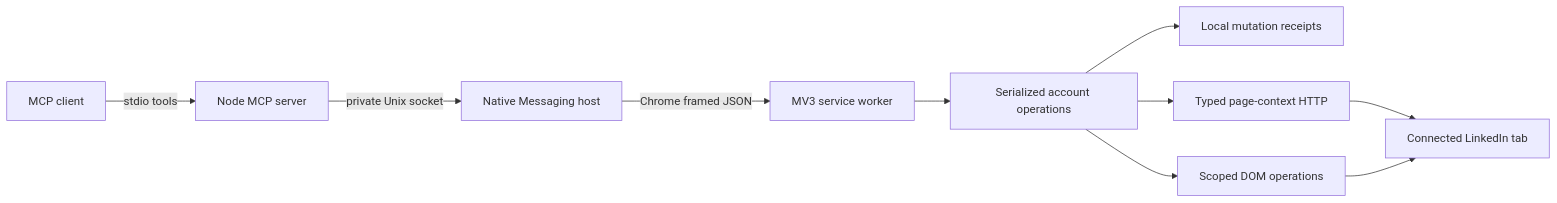
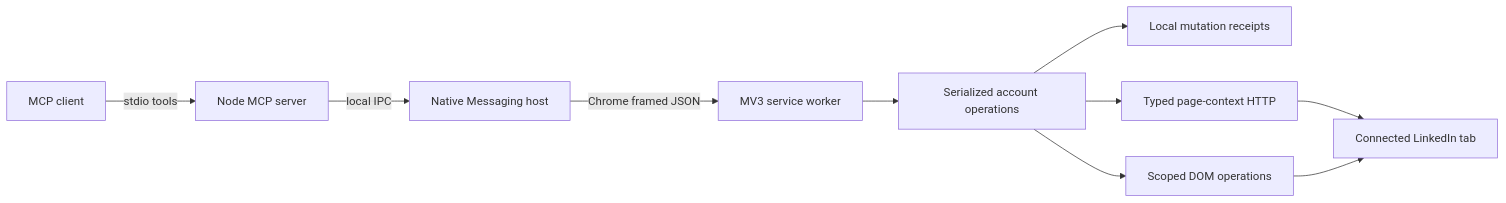
Before and after one commit to h4gen/linkedin-mcp-bridge: the diagram in docs/architecture.md, drawn with Mermaid. The commit also changed other lines of this file and 35 other files, not shown here.

````diff
--- a/docs/architecture.md
+++ b/docs/architecture.md
@@ -3,12 +3,12 @@
 ```mermaid
 flowchart LR
   Client[MCP client] -->|stdio tools| Server[Node MCP server]
-  Server -->|private Unix socket| Host[Native Messaging host]
+  Server -->|local IPC| Host[Native Messaging host]
   Host -->|Chrome framed JSON| Extension[MV3 service worker]
   Extension --> Queue[Serialized account operations]
   Queue --> Journal[Local mutation receipts]
   Queue --> API[Typed page-context HTTP]
   Queue --> DOM[Scoped DOM operations]
   API --> LinkedIn[Connected LinkedIn tab]
   DOM --> LinkedIn
 ```
````
